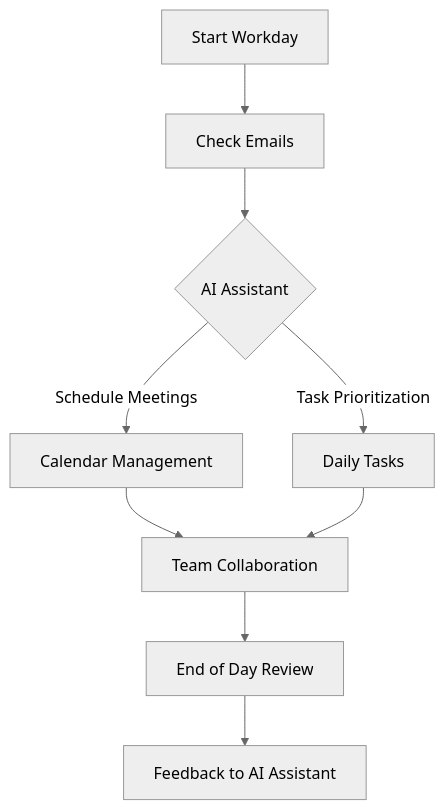
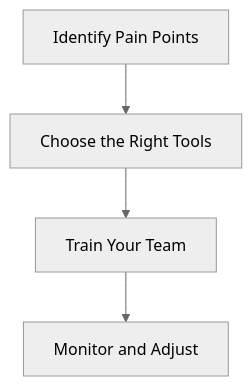
The diagram in content/posts/the-future-of-work-ai-tools-enhancing-productivity.md (ai-tools-lab/ai-tools-lab.github.io), drawn with Mermaid (neutral theme) before and after one commit. The commit also changed other lines of this file and 51 other files, not shown here.

````diff
--- a/content/posts/the-future-of-work-ai-tools-enhancing-productivity.md
+++ b/content/posts/the-future-of-work-ai-tools-enhancing-productivity.md
@@ -125,11 +137,6 @@
 ```mermaid
 graph TD;
-    A[Start Workday] --> B[Check Emails]
-    B --> C{AI Assistant}
-    C -->|Schedule Meetings| D[Calendar Management]
-    C -->|Task Prioritization| E[Daily Tasks]
-    D --> F[Team Collaboration]
-    E --> F
-    F --> G[End of Day Review]
-    G --> H[Feedback to AI Assistant]
+    A[Identify Pain Points] --> B[Choose the Right Tools];
+    B --> C[Train Your Team];
+    C --> D[Monitor and Adjust];
 ```
````
